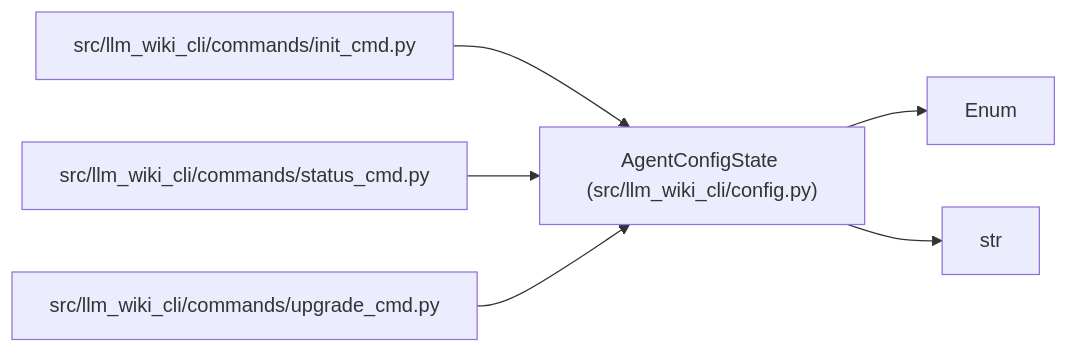
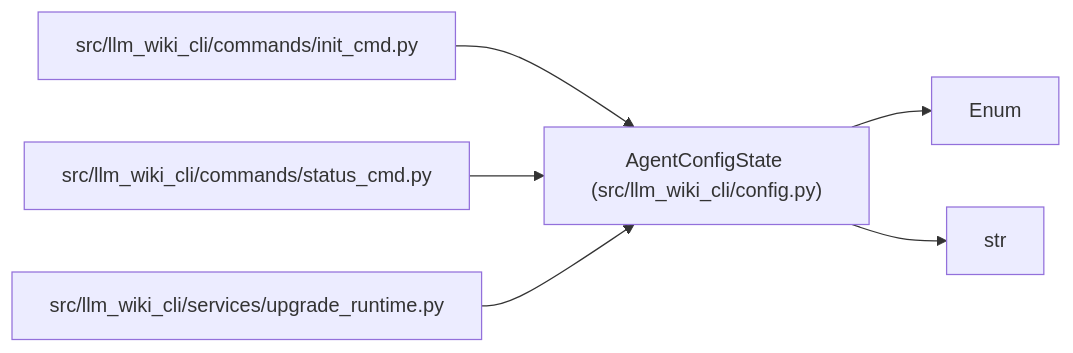
One commit to Denissvgn/python-wiki-llm changed the diagram in docs/llm_wiki/entities/AgentConfigState.md. Above: the diagram before and after it, drawn with Mermaid. The commit also changed other lines of this file and 1555 other files, not shown here.

````diff
--- a/docs/llm_wiki/entities/AgentConfigState.md
+++ b/docs/llm_wiki/entities/AgentConfigState.md
@@ -28,18 +28,18 @@
 ```mermaid
 flowchart LR
     n0["AgentConfigState (src/llm_wiki_cli/config.py)"]
     n1["Enum"]
     n2["str"]
     n3["src/llm_wiki_cli/commands/init_cmd.py"]
     n4["src/llm_wiki_cli/commands/status_cmd.py"]
-    n5["src/llm_wiki_cli/commands/upgrade_cmd.py"]
+    n5["src/llm_wiki_cli/services/upgrade_runtime.py"]
     n0 --> n1
     n0 --> n2
     n3 --> n0
     n4 --> n0
     n5 --> n0
     click n0 "../modules/config.md"
     click n3 "../modules/init_cmd.md"
     click n4 "../modules/status_cmd.md"
-    click n5 "../modules/upgrade_cmd.md"
+    click n5 "../modules/upgrade_runtime.md"
 ```
````
